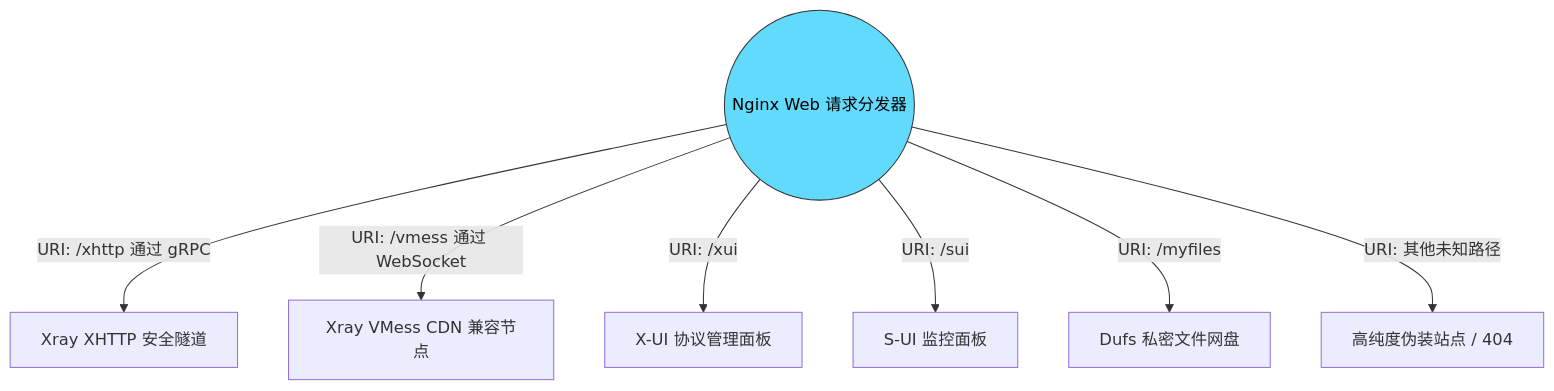
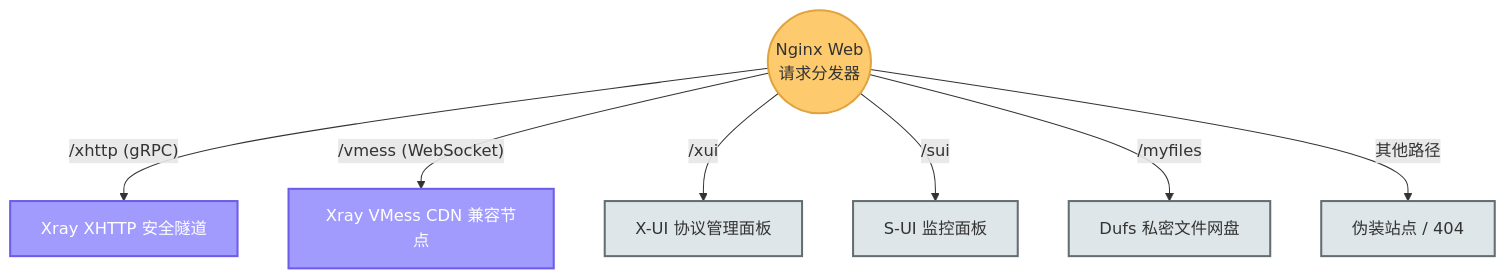
The fourth of 11 diagrams in docs/01-architecture-and-traffic.md (currycan/sb-xray), drawn with Mermaid before and after one commit. The commit also changed other lines of this file and 5 other files, not shown here.

````diff
--- a/docs/01-architecture-and-traffic.md
+++ b/docs/01-architecture-and-traffic.md
@@ -173,13 +178,15 @@
 ```mermaid
-graph TD
-    NginxWeb((Nginx Web 请求分发器))
+flowchart TD
+    classDef gateway  fill:#fdcb6e,stroke:#e0a33e,stroke-width:2px,color:#333
+    classDef xray     fill:#a29bfe,stroke:#6c5ce7,stroke-width:2px,color:#fff
+    classDef app      fill:#dfe6e9,stroke:#636e72,stroke-width:2px,color:#333
 
-    NginxWeb -- "URI: /xhttp 通过 gRPC" --> Xhttp["Xray XHTTP 安全隧道"]
-    NginxWeb -- "URI: /vmess 通过 WebSocket" --> VMess["Xray VMess CDN 兼容节点"]
-    NginxWeb -- "URI: /xui" --> XUI["X-UI 协议管理面板"]
-    NginxWeb -- "URI: /sui" --> SUI["S-UI 监控面板"]
-    NginxWeb -- "URI: /myfiles" --> Dufs["Dufs 私密文件网盘"]
-    NginxWeb -- "URI: 其他未知路径" --> FakeWeb["高纯度伪装站点 / 404"]
+    NginxWeb(("Nginx Web<br/>请求分发器")):::gateway
 
-    style NginxWeb fill:#61dafb,stroke:#333,color:black
+    NginxWeb -- "/xhttp (gRPC)" --> Xhttp["Xray XHTTP 安全隧道"]:::xray
+    NginxWeb -- "/vmess (WebSocket)" --> VMess["Xray VMess CDN 兼容节点"]:::xray
+    NginxWeb -- "/xui" --> XUI["X-UI 协议管理面板"]:::app
+    NginxWeb -- "/sui" --> SUI["S-UI 监控面板"]:::app
+    NginxWeb -- "/myfiles" --> Dufs["Dufs 私密文件网盘"]:::app
+    NginxWeb -- "其他路径" --> FakeWeb["伪装站点 / 404"]:::app
 ```
````
